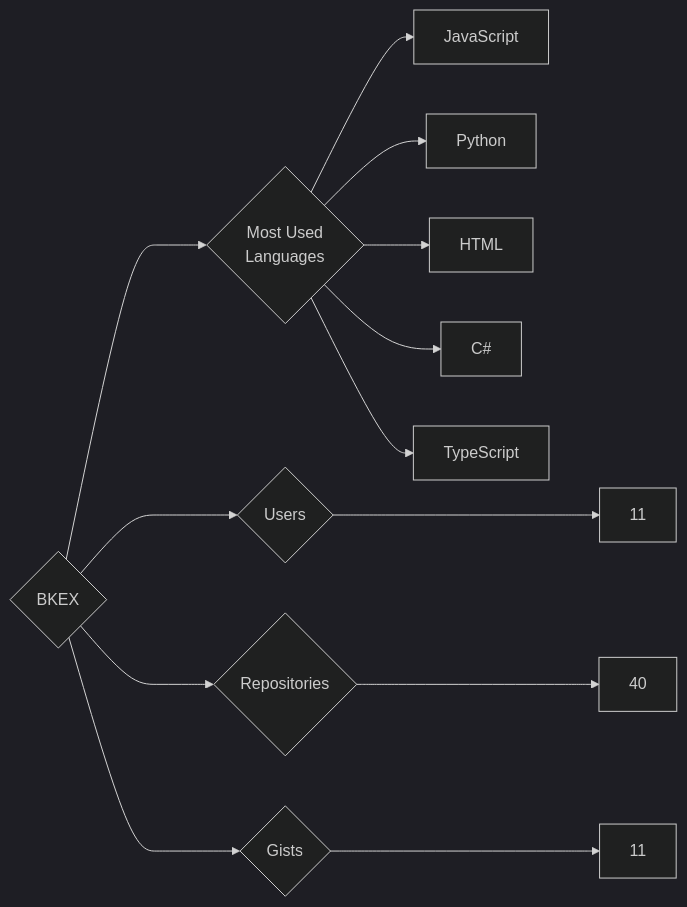
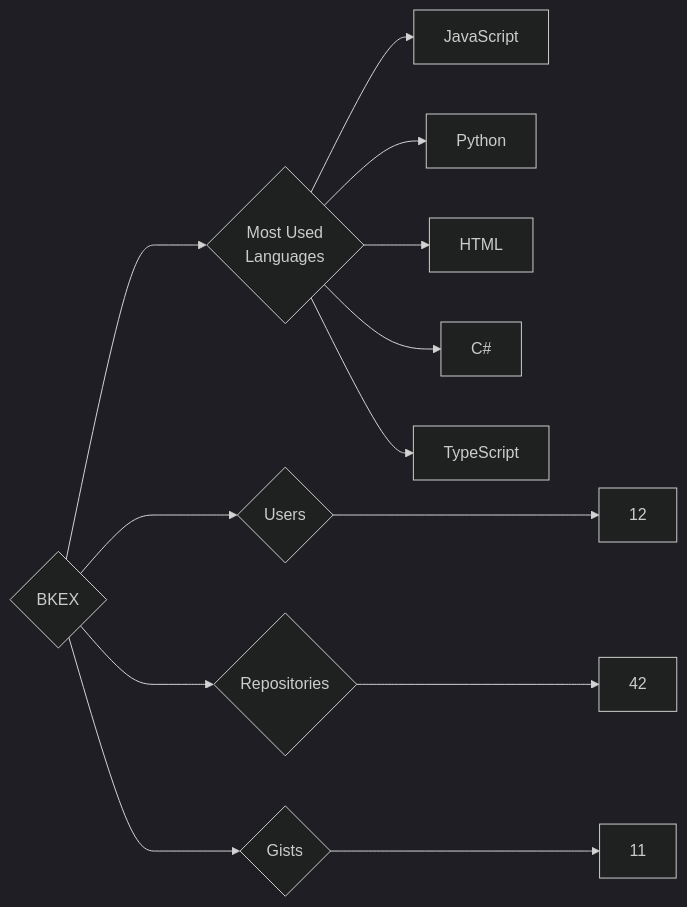
Before and after one commit to trickest/insiders: the diagram in targets/BKEX/README.md, drawn with Mermaid (dark theme). The commit also changed 938 other files, not shown here.

````diff
--- a/targets/BKEX/README.md
+++ b/targets/BKEX/README.md
@@ -3,13 +3,13 @@
 ```mermaid
 graph LR
 COMPANY_NAME{BKEX}
-COMPANY_NAME ---> U{Users} ---> UN[11]
-COMPANY_NAME ---> R{Repositories} ---> RN[40]
+COMPANY_NAME ---> U{Users} ---> UN[12]
+COMPANY_NAME ---> R{Repositories} ---> RN[42]
 COMPANY_NAME ---> G{Gists} ---> GN[11]
 COMPANY_NAME ---> ML{Most Used<br>Languages}
 ML --> JavaScript[JavaScript]
 ML --> Python[Python]
 ML --> HTML[HTML]
 ML --> C#[C#]
 ML --> TypeScript[TypeScript]
 ```
````
